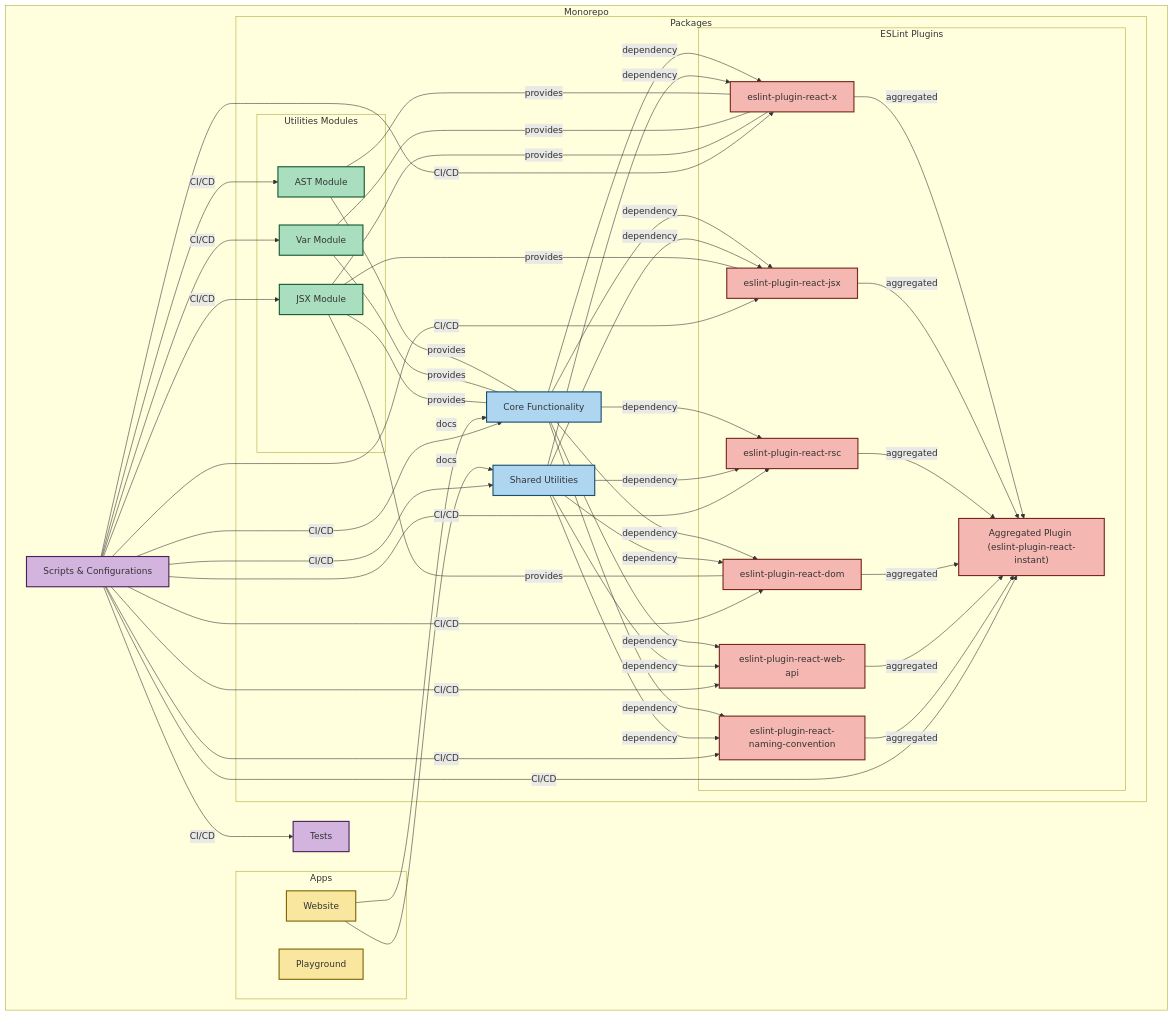
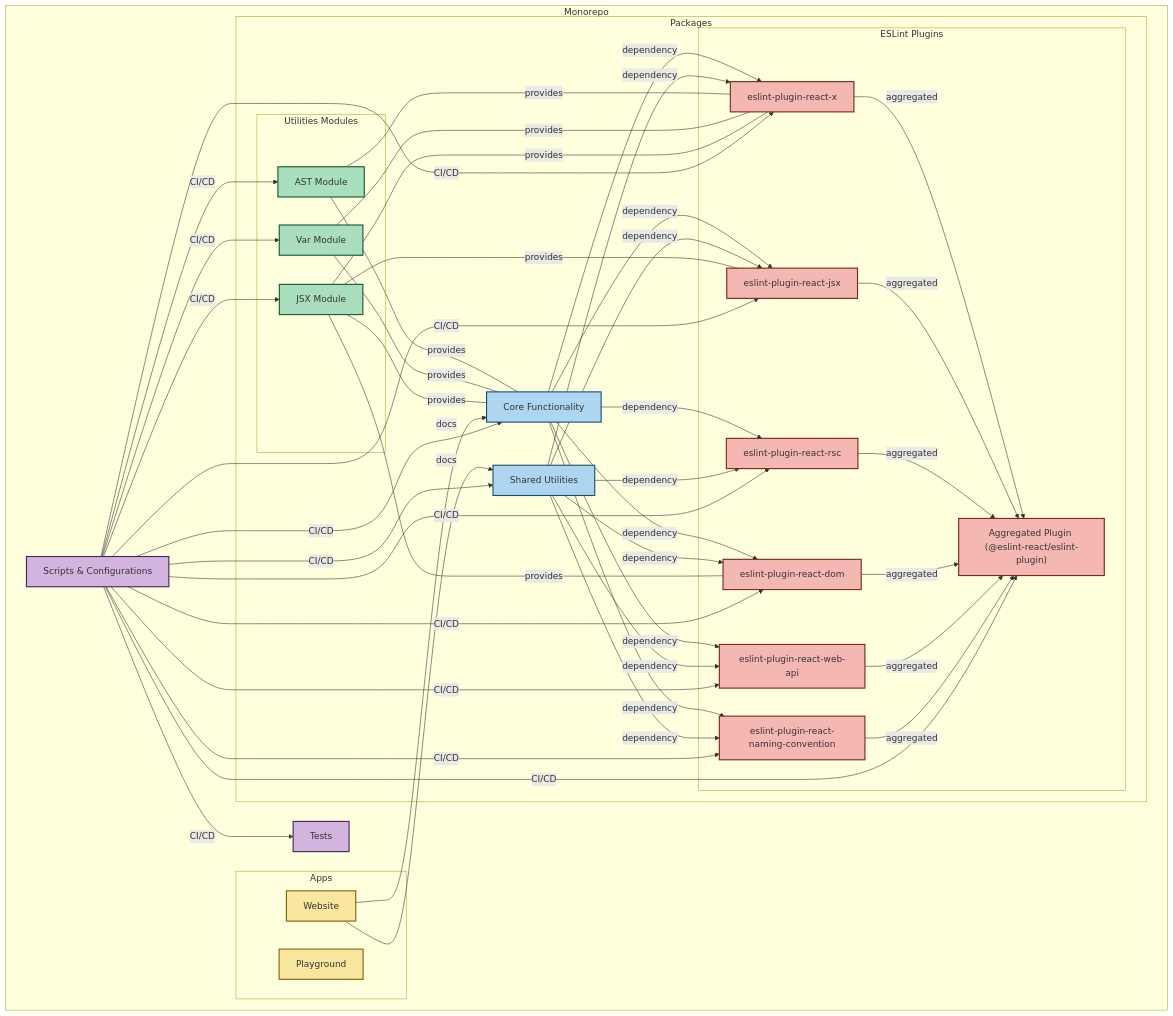
One commit to Rel1cx/eslint-react changed the diagram in apps/website/content/docs/contributing.mdx. Above: the diagram before and after it, drawn with Mermaid. The commit also changed other lines of this file and 877 other files, not shown here.

```diff
--- a/apps/website/content/docs/contributing.mdx
+++ b/apps/website/content/docs/contributing.mdx
@@ -40,7 +40,7 @@
                 ReactDOM["eslint-plugin-react-dom"]:::plugins
                 ReactWebAPI["eslint-plugin-react-web-api"]:::plugins
                 ReactNamingConvention["eslint-plugin-react-naming-convention"]:::plugins
-                ReactAggregated["Aggregated Plugin (eslint-plugin-react-instant)"]:::plugins
+                ReactAggregated["Aggregated Plugin (@eslint-react/eslint-plugin)"]:::plugins
             end
         end
 
@@ -108,18 +108,18 @@
     %% Click Events
     click Website "https://github.com/rel1cx/eslint-react/tree/main/apps/website"
     click Playground "https://github.com/rel1cx/eslint-react/tree/main/apps/playground"
-    click Core "https://github.com/rel1cx/eslint-react/tree/main/packages/@eslint-react/core"
-    click Shared "https://github.com/rel1cx/eslint-react/tree/main/packages/@eslint-react/shared"
-    click AST "https://github.com/rel1cx/eslint-react/tree/main/packages/@eslint-react/ast"
-    click Var "https://github.com/rel1cx/eslint-react/tree/main/packages/@eslint-react/var"
-    click JSX "https://github.com/rel1cx/eslint-react/tree/main/packages/@eslint-react/jsx"
-    click ReactX "https://github.com/rel1cx/eslint-react/tree/main/packages/eslint-plugin-react-x"
-    click ReactJSX "https://github.com/rel1cx/eslint-react/tree/main/packages/eslint-plugin-react-jsx"
-    click ReactRSC "https://github.com/rel1cx/eslint-react/tree/main/packages/eslint-plugin-react-rsc"
-    click ReactDOM "https://github.com/rel1cx/eslint-react/tree/main/packages/eslint-plugin-react-dom"
-    click ReactWebAPI "https://github.com/rel1cx/eslint-react/tree/main/packages/eslint-plugin-react-web-api"
-    click ReactNamingConvention "https://github.com/rel1cx/eslint-react/tree/main/packages/eslint-plugin-react-naming-convention"
-    click ReactAggregated "https://github.com/rel1cx/eslint-react/tree/main/packages/eslint-plugin-react-instant"
+    click Core "https://github.com/rel1cx/eslint-react/tree/main/packages/core"
+    click Shared "https://github.com/rel1cx/eslint-react/tree/main/packages/shared"
+    click AST "https://github.com/rel1cx/eslint-react/tree/main/packages/ast"
+    click Var "https://github.com/rel1cx/eslint-react/tree/main/packages/var"
+    click JSX "https://github.com/rel1cx/eslint-react/tree/main/packages/jsx"
+    click ReactX "https://github.com/rel1cx/eslint-react/tree/main/plugins/eslint-plugin-react-x"
+    click ReactJSX "https://github.com/rel1cx/eslint-react/tree/main/plugins/eslint-plugin-react-jsx"
+    click ReactRSC "https://github.com/rel1cx/eslint-react/tree/main/plugins/eslint-plugin-react-rsc"
+    click ReactDOM "https://github.com/rel1cx/eslint-react/tree/main/plugins/eslint-plugin-react-dom"
+    click ReactWebAPI "https://github.com/rel1cx/eslint-react/tree/main/plugins/eslint-plugin-react-web-api"
+    click ReactNamingConvention "https://github.com/rel1cx/eslint-react/tree/main/plugins/eslint-plugin-react-naming-convention"
+    click ReactAggregated "https://github.com/rel1cx/eslint-react/tree/main/plugins/@eslint-react/eslint-plugin"
     click Scripts "https://github.com/rel1cx/eslint-react/tree/main/scripts"
     click Tests "https://github.com/rel1cx/eslint-react/tree/main/test"
 
```
